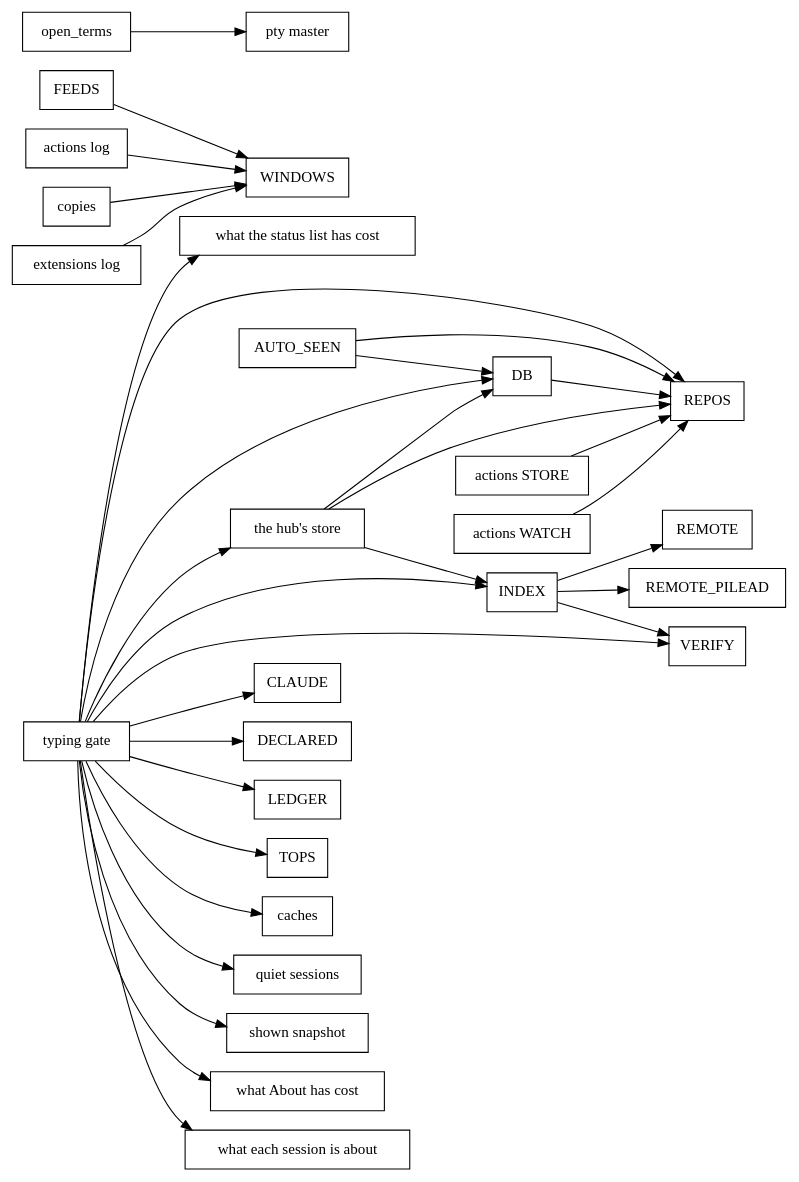
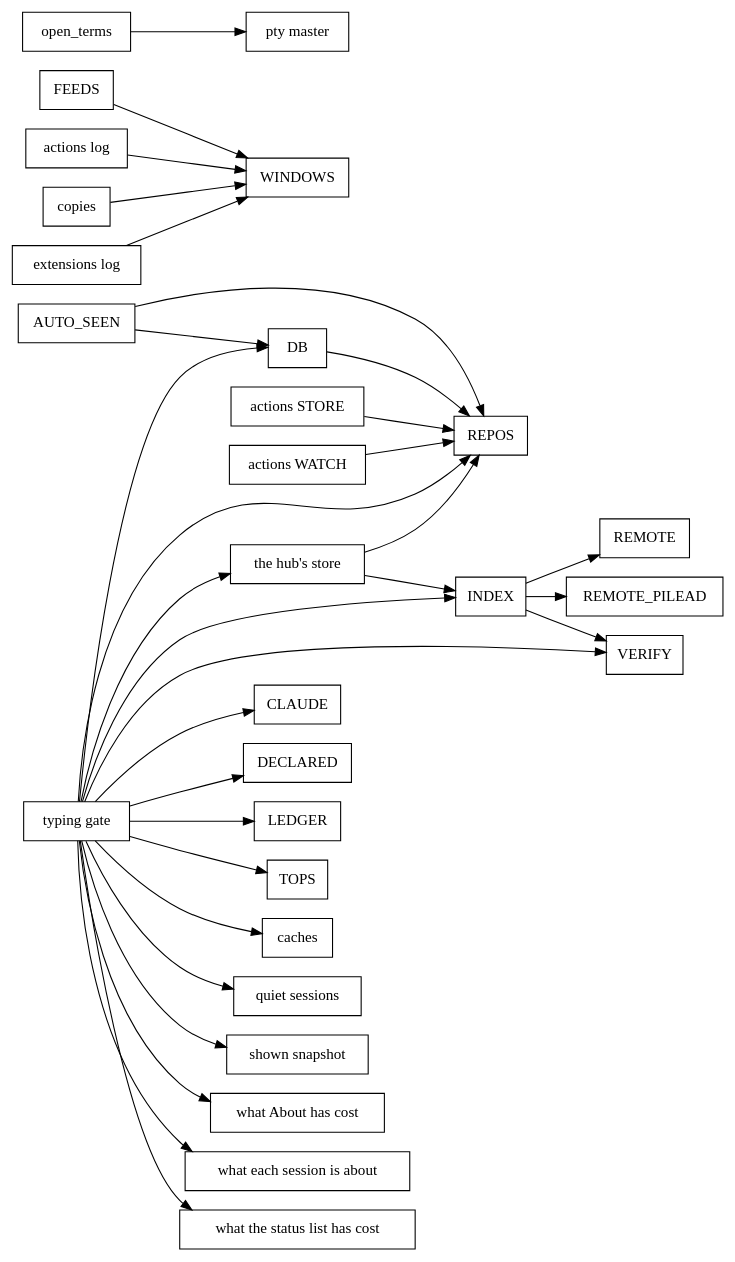
One commit to spacegrowth/cue changed the diagram in docs/dev/lock-graph.dot. Above: the diagram before and after it, drawn with Graphviz. The commit also changed 10 other files, not shown here.

First line of the commit message:
Hub: the store through read/write closures; no db write or file stat under it

```diff
--- a/docs/dev/lock-graph.dot
+++ b/docs/dev/lock-graph.dot
@@ -1,36 +1,35 @@
 // Generated by `cargo run -p xtask -- inventory`; don't edit by hand.
 digraph locks {
   rankdir=LR;
   node [shape=box];
   "AUTO_SEEN" -> "DB";
   "AUTO_SEEN" -> "REPOS";
   "DB" -> "REPOS";
   "FEEDS" -> "WINDOWS";
   "INDEX" -> "REMOTE";
   "INDEX" -> "REMOTE_PILEAD";
   "INDEX" -> "VERIFY";
   "actions STORE" -> "REPOS";
   "actions WATCH" -> "REPOS";
   "actions log" -> "WINDOWS";
   "copies" -> "WINDOWS";
   "extensions log" -> "WINDOWS";
   "open_terms" -> "pty master";
-  "the hub's store" -> "DB";
   "the hub's store" -> "INDEX";
   "the hub's store" -> "REPOS";
   "typing gate" -> "CLAUDE";
   "typing gate" -> "DB";
   "typing gate" -> "DECLARED";
   "typing gate" -> "INDEX";
   "typing gate" -> "LEDGER";
   "typing gate" -> "REPOS";
   "typing gate" -> "TOPS";
   "typing gate" -> "VERIFY";
   "typing gate" -> "caches";
   "typing gate" -> "quiet sessions";
   "typing gate" -> "shown snapshot";
   "typing gate" -> "the hub's store";
   "typing gate" -> "what About has cost";
   "typing gate" -> "what each session is about";
   "typing gate" -> "what the status list has cost";
 }
```
